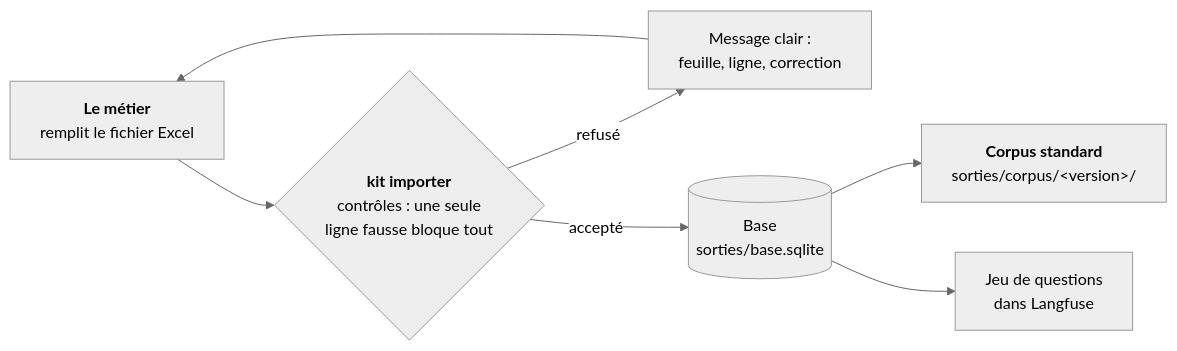
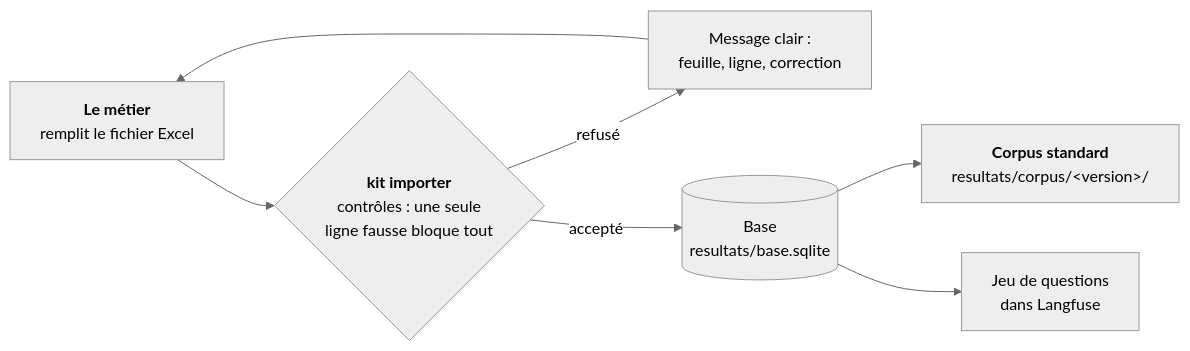
Before and after one commit to floSa/RAG-Evaluation: the first of 2 diagrams in service-evaluation/documentation/0a_construction_du_corpus.md, drawn with Mermaid (neutral theme). The commit also changed other lines of this file and 40 other files, not shown here.

````diff
--- a/service-evaluation/documentation/0a_construction_du_corpus.md
+++ b/service-evaluation/documentation/0a_construction_du_corpus.md
@@ -5,9 +5,9 @@
 ```mermaid
 flowchart LR
     M["<b>Le métier</b><br/>remplit le fichier Excel"] --> C{"<b>kit importer</b><br/>contrôles : une seule<br/>ligne fausse bloque tout"}
     C -- "refusé" --> E["Message clair :<br/>feuille, ligne, correction"]
     E --> M
-    C -- "accepté" --> B[("Base<br/>sorties/base.sqlite")]
-    B --> X["<b>Corpus standard</b><br/>sorties/corpus/&lt;version&gt;/"]
+    C -- "accepté" --> B[("Base<br/>resultats/base.sqlite")]
+    B --> X["<b>Corpus standard</b><br/>resultats/corpus/&lt;version&gt;/"]
     B --> L["Jeu de questions<br/>dans Langfuse"]
 ```
````
